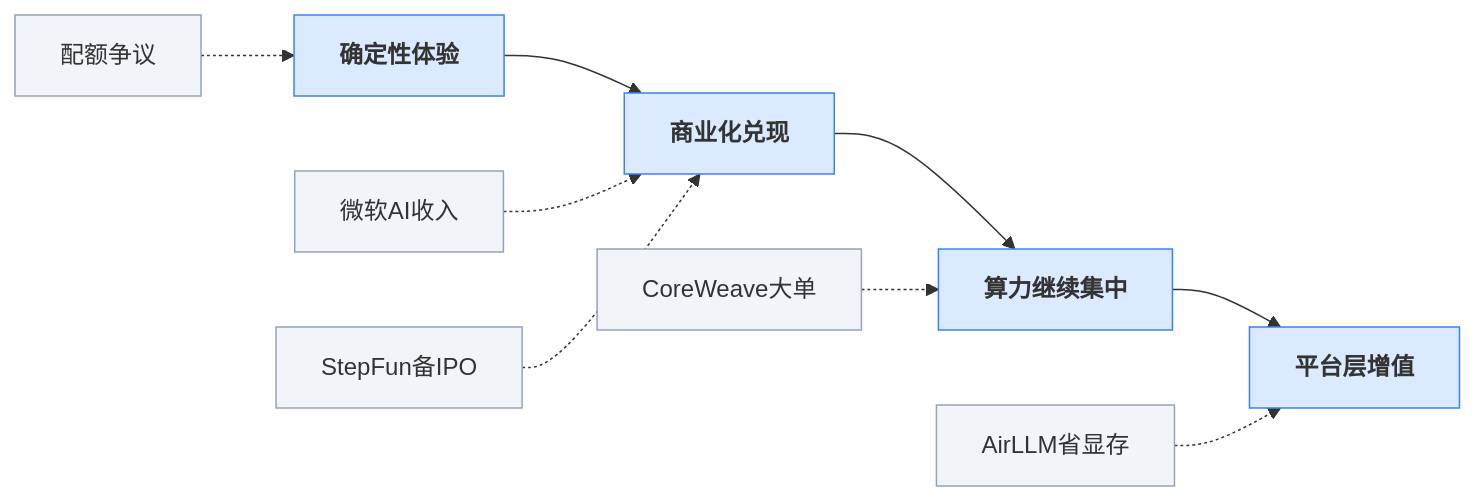
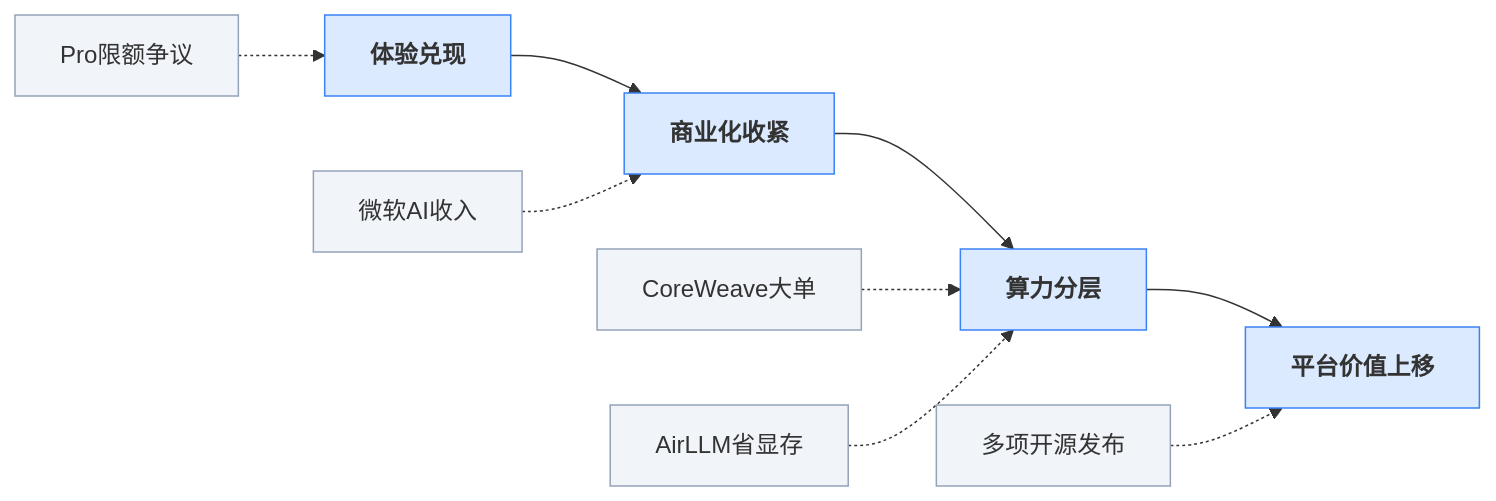
Before and after one commit to ylzsdafei/ai-daily-site: the seventh of 7 diagrams in content/cn/blog/weekly/2026-W16.md, drawn with Mermaid. The commit also changed other lines of this file and 2 other files, not shown here.

Commit message:
feat: 详细图谱折叠展开 + details 样式

````diff
--- a/content/cn/blog/weekly/2026-W16.md
+++ b/content/cn/blog/weekly/2026-W16.md
@@ -109,13 +235,13 @@
 ```mermaid
 graph LR
-    A[确定性体验] --> B[商业化兑现] --> C[算力继续集中] --> D[平台层增值]
-    E[配额争议] -.-> A
-    F[微软AI收入] -.-> B
-    G[StepFun备IPO] -.-> B
-    H[CoreWeave大单] -.-> C
-    I[AirLLM省显存] -.-> D
-    classDef trend fill:#dbeafe,stroke:#3b82f6,font-weight:bold
-    classDef event fill:#f1f5f9,stroke:#94a3b8
-    class A,B,C,D trend
-    class E,F,G,H,I event
+A[体验兑现] --> B[商业化收紧] --> C[算力分层] --> D[平台价值上移]
+E[Pro限额争议] -.-> A
+F[微软AI收入] -.-> B
+G[CoreWeave大单] -.-> C
+H[AirLLM省显存] -.-> C
+I[多项开源发布] -.-> D
+classDef blue fill:#dbeafe,stroke:#3b82f6,font-weight:bold
+classDef gray fill:#f1f5f9,stroke:#94a3b8
+class A,B,C,D blue
+class E,F,G,H,I gray
 ```
````
